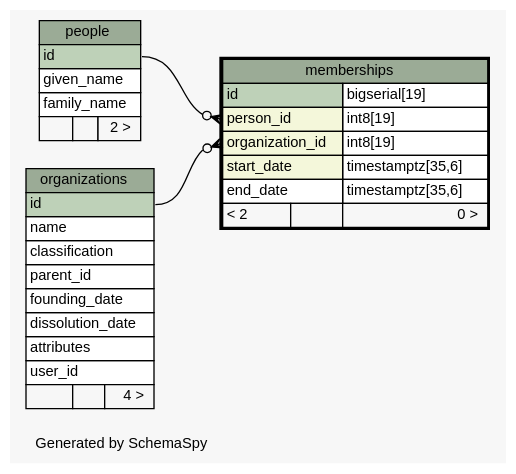
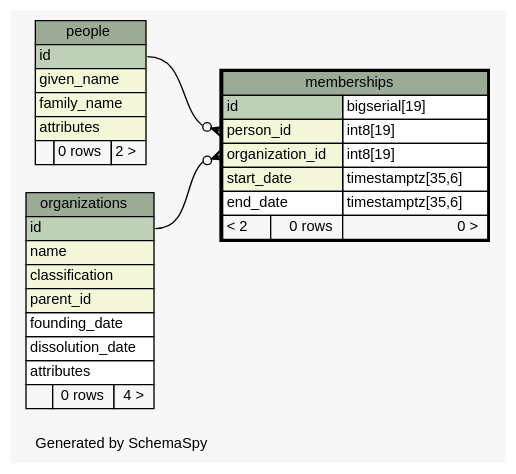
One commit to michalskop/hlasovali.cz changed the diagram in api/schema/diagrams/memberships.1degree.dot. Above: the diagram before and after it, drawn with Graphviz. The commit also changed 249 other files, not shown here.

```diff
--- a/api/schema/diagrams/memberships.1degree.dot
+++ b/api/schema/diagrams/memberships.1degree.dot
@@ -1,67 +1,67 @@
-// dot 2.36.0 on Linux 3.13.0-85-generic
+// dot 2.36.0 on Linux 3.13.0-91-generic
 // SchemaSpy rev 590
 digraph "oneDegreeRelationshipsDiagram" {
   graph [
     rankdir="RL"
     bgcolor="#f7f7f7"
     label="\nGenerated by SchemaSpy"
     labeljust="l"
     nodesep="0.18"
     ranksep="0.46"
     fontname="Helvetica"
     fontsize="11"
   ];
   node [
     fontname="Helvetica"
     fontsize="11"
     shape="plaintext"
   ];
   edge [
     arrowsize="0.8"
   ];
   "memberships":"organization_id":w -> "organizations":"id":e [arrowhead=none dir=back arrowtail=crowodot];
   "memberships":"person_id":w -> "people":"id":e [arrowhead=none dir=back arrowtail=crowodot];
   "memberships" [
     label=<
     <TABLE BORDER="2" CELLBORDER="1" CELLSPACING="0" BGCOLOR="#ffffff">
       <TR><TD COLSPAN="3" BGCOLOR="#9bab96" ALIGN="CENTER">memberships</TD></TR>
       <TR><TD PORT="id" COLSPAN="2" BGCOLOR="#bed1b8" ALIGN="LEFT">id</TD><TD PORT="id.type" ALIGN="LEFT">bigserial[19]</TD></TR>
       <TR><TD PORT="person_id" COLSPAN="2" BGCOLOR="#f4f7da" ALIGN="LEFT">person_id</TD><TD PORT="person_id.type" ALIGN="LEFT">int8[19]</TD></TR>
       <TR><TD PORT="organization_id" COLSPAN="2" BGCOLOR="#f4f7da" ALIGN="LEFT">organization_id</TD><TD PORT="organization_id.type" ALIGN="LEFT">int8[19]</TD></TR>
       <TR><TD PORT="start_date" COLSPAN="2" BGCOLOR="#f4f7da" ALIGN="LEFT">start_date</TD><TD PORT="start_date.type" ALIGN="LEFT">timestamptz[35,6]</TD></TR>
       <TR><TD PORT="end_date" COLSPAN="2" ALIGN="LEFT">end_date</TD><TD PORT="end_date.type" ALIGN="LEFT">timestamptz[35,6]</TD></TR>
-      <TR><TD ALIGN="LEFT" BGCOLOR="#f7f7f7">&lt; 2</TD><TD ALIGN="RIGHT" BGCOLOR="#f7f7f7">  </TD><TD ALIGN="RIGHT" BGCOLOR="#f7f7f7">0 &gt;</TD></TR>
+      <TR><TD ALIGN="LEFT" BGCOLOR="#f7f7f7">&lt; 2</TD><TD ALIGN="RIGHT" BGCOLOR="#f7f7f7">0 rows</TD><TD ALIGN="RIGHT" BGCOLOR="#f7f7f7">0 &gt;</TD></TR>
     </TABLE>>
     URL="memberships.html"
     tooltip="memberships"
   ];
   "organizations" [
     label=<
     <TABLE BORDER="0" CELLBORDER="1" CELLSPACING="0" BGCOLOR="#ffffff">
       <TR><TD COLSPAN="3" BGCOLOR="#9bab96" ALIGN="CENTER">organizations</TD></TR>
       <TR><TD PORT="id" COLSPAN="3" BGCOLOR="#bed1b8" ALIGN="LEFT">id</TD></TR>
-      <TR><TD PORT="name" COLSPAN="3" ALIGN="LEFT">name</TD></TR>
-      <TR><TD PORT="classification" COLSPAN="3" ALIGN="LEFT">classification</TD></TR>
-      <TR><TD PORT="parent_id" COLSPAN="3" ALIGN="LEFT">parent_id</TD></TR>
+      <TR><TD PORT="name" COLSPAN="3" BGCOLOR="#f4f7da" ALIGN="LEFT">name</TD></TR>
+      <TR><TD PORT="classification" COLSPAN="3" BGCOLOR="#f4f7da" ALIGN="LEFT">classification</TD></TR>
+      <TR><TD PORT="parent_id" COLSPAN="3" BGCOLOR="#f4f7da" ALIGN="LEFT">parent_id</TD></TR>
       <TR><TD PORT="founding_date" COLSPAN="3" ALIGN="LEFT">founding_date</TD></TR>
       <TR><TD PORT="dissolution_date" COLSPAN="3" ALIGN="LEFT">dissolution_date</TD></TR>
       <TR><TD PORT="attributes" COLSPAN="3" ALIGN="LEFT">attributes</TD></TR>
-      <TR><TD PORT="user_id" COLSPAN="3" ALIGN="LEFT">user_id</TD></TR>
-      <TR><TD ALIGN="LEFT" BGCOLOR="#f7f7f7">  </TD><TD ALIGN="RIGHT" BGCOLOR="#f7f7f7">  </TD><TD ALIGN="RIGHT" BGCOLOR="#f7f7f7">4 &gt;</TD></TR>
+      <TR><TD ALIGN="LEFT" BGCOLOR="#f7f7f7">  </TD><TD ALIGN="RIGHT" BGCOLOR="#f7f7f7">0 rows</TD><TD ALIGN="RIGHT" BGCOLOR="#f7f7f7">4 &gt;</TD></TR>
     </TABLE>>
     URL="organizations.html"
     tooltip="organizations"
   ];
   "people" [
     label=<
     <TABLE BORDER="0" CELLBORDER="1" CELLSPACING="0" BGCOLOR="#ffffff">
       <TR><TD COLSPAN="3" BGCOLOR="#9bab96" ALIGN="CENTER">people</TD></TR>
       <TR><TD PORT="id" COLSPAN="3" BGCOLOR="#bed1b8" ALIGN="LEFT">id</TD></TR>
-      <TR><TD PORT="given_name" COLSPAN="3" ALIGN="LEFT">given_name</TD></TR>
-      <TR><TD PORT="family_name" COLSPAN="3" ALIGN="LEFT">family_name</TD></TR>
-      <TR><TD ALIGN="LEFT" BGCOLOR="#f7f7f7">  </TD><TD ALIGN="RIGHT" BGCOLOR="#f7f7f7">  </TD><TD ALIGN="RIGHT" BGCOLOR="#f7f7f7">2 &gt;</TD></TR>
+      <TR><TD PORT="given_name" COLSPAN="3" BGCOLOR="#f4f7da" ALIGN="LEFT">given_name</TD></TR>
+      <TR><TD PORT="family_name" COLSPAN="3" BGCOLOR="#f4f7da" ALIGN="LEFT">family_name</TD></TR>
+      <TR><TD PORT="attributes" COLSPAN="3" BGCOLOR="#f4f7da" ALIGN="LEFT">attributes</TD></TR>
+      <TR><TD ALIGN="LEFT" BGCOLOR="#f7f7f7">  </TD><TD ALIGN="RIGHT" BGCOLOR="#f7f7f7">0 rows</TD><TD ALIGN="RIGHT" BGCOLOR="#f7f7f7">2 &gt;</TD></TR>
     </TABLE>>
     URL="people.html"
     tooltip="people"
   ];
 }
```
